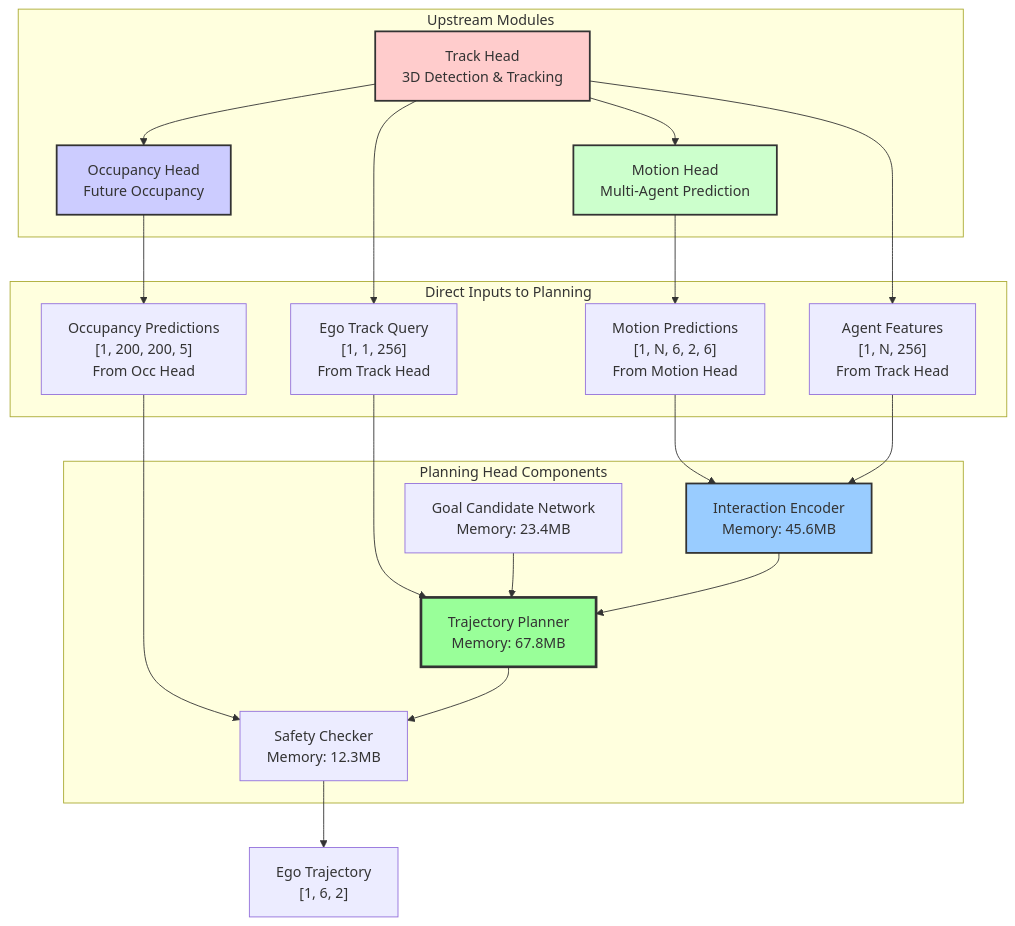
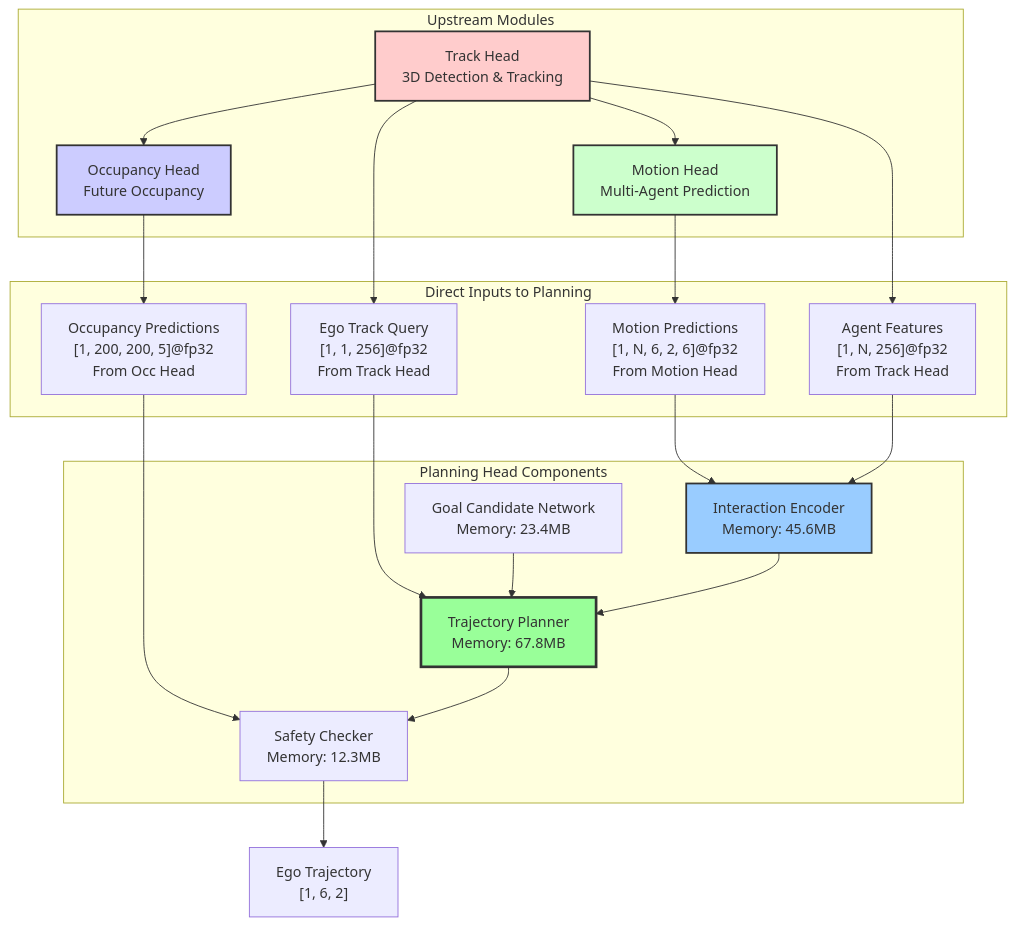
The first of 8 diagrams in tools/pytorch_op_tracer/reports/task_heads/planning_head_report.md (litanlitudan/UniAD), drawn with Mermaid before and after one commit. The commit also changed other lines of this file and 17 other files, not shown here.

````diff
--- a/tools/pytorch_op_tracer/reports/task_heads/planning_head_report.md
+++ b/tools/pytorch_op_tracer/reports/task_heads/planning_head_report.md
@@ -24,46 +24,46 @@
 ```mermaid
 graph TB
     subgraph "Upstream Modules"
         TrackHead["Track Head<br/>3D Detection & Tracking"]
         MotionHead["Motion Head<br/>Multi-Agent Prediction"]
         OccHead["Occupancy Head<br/>Future Occupancy"]
     end
     
     subgraph "Direct Inputs to Planning"
-        Motion["Motion Predictions<br/>[1, N, 6, 2, 6]<br/>From Motion Head"]
-        Occ["Occupancy Predictions<br/>[1, 200, 200, 5]<br/>From Occ Head"]
-        AgentFeatures["Agent Features<br/>[1, N, 256]<br/>From Track Head"]
-        EgoFeature["Ego Track Query<br/>[1, 1, 256]<br/>From Track Head"]
+        Motion["Motion Predictions<br/>[1, N, 6, 2, 6]@fp32<br/>From Motion Head"]
+        Occ["Occupancy Predictions<br/>[1, 200, 200, 5]@fp32<br/>From Occ Head"]
+        AgentFeatures["Agent Features<br/>[1, N, 256]@fp32<br/>From Track Head"]
+        EgoFeature["Ego Track Query<br/>[1, 1, 256]@fp32<br/>From Track Head"]
     end
     
     subgraph "Planning Head Components"
         GCN["Goal Candidate Network<br/>Memory: 23.4MB"]
         IE["Interaction Encoder<br/>Memory: 45.6MB"]
         TP["Trajectory Planner<br/>Memory: 67.8MB"]
         SC["Safety Checker<br/>Memory: 12.3MB"]
     end
     
     TrackHead --> AgentFeatures
     TrackHead --> EgoFeature
     TrackHead --> MotionHead
     TrackHead --> OccHead
     MotionHead --> Motion
     OccHead --> Occ
     
     Motion --> IE
     Occ --> SC
     AgentFeatures --> IE
     EgoFeature --> TP
     
     GCN --> TP
     IE --> TP
     TP --> SC
     
     SC --> Output["Ego Trajectory<br/>[1, 6, 2]"]
     
     style TrackHead fill:#ffcccc,stroke:#333,stroke-width:2px
     style MotionHead fill:#ccffcc,stroke:#333,stroke-width:2px
     style OccHead fill:#ccccff,stroke:#333,stroke-width:2px
     style TP fill:#99ff99,stroke:#333,stroke-width:3px
     style IE fill:#99ccff,stroke:#333,stroke-width:2px
 ```
````
